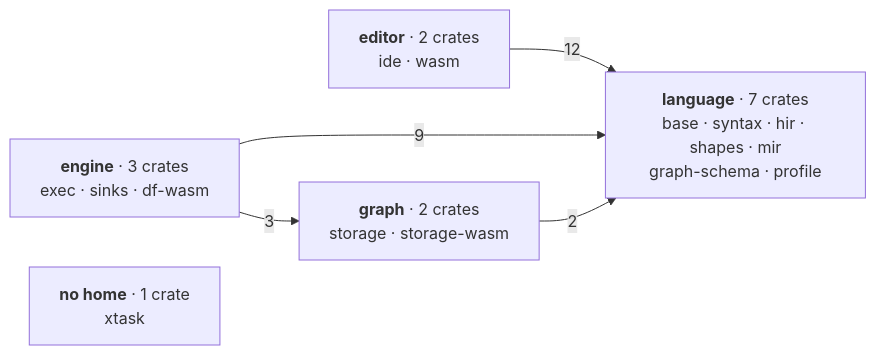
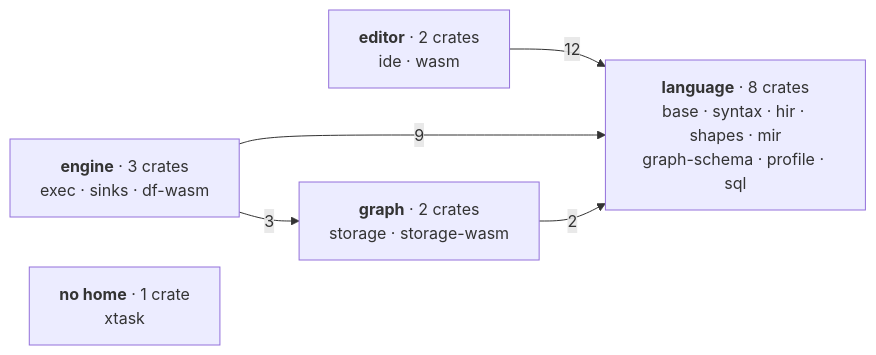
One commit to Kanzo-Tech/fossil-lang changed the diagram in docs/content/docs/(root)/architecture.mdx. Above: the diagram before and after it, drawn with Mermaid.

Commit message:
File fossil-sql in the language group of the architecture diagram
Claude-Session: https://claude.ai/code/session_01Wz1mCsD4KcGYjGwd8DHRVU

````diff
--- a/docs/content/docs/(root)/architecture.mdx
+++ b/docs/content/docs/(root)/architecture.mdx
@@ -105,13 +105,13 @@
 ```mermaid
 graph LR
-  L["<b>language</b> · 7 crates<br/>base · syntax · hir · shapes · mir<br/>graph-schema · profile"]
+  L["<b>language</b> · 8 crates<br/>base · syntax · hir · shapes · mir<br/>graph-schema · profile · sql"]
   E["<b>editor</b> · 2 crates<br/>ide · wasm"]
   M["<b>engine</b> · 3 crates<br/>exec · sinks · df-wasm"]
   C["<b>graph</b> · 2 crates<br/>storage · storage-wasm"]
   X["<b>no home</b> · 1 crate<br/>xtask"]
 
   E -->|12| L
   M -->|9| L
   M -->|3| C
   C -->|2| L
 ```
````
